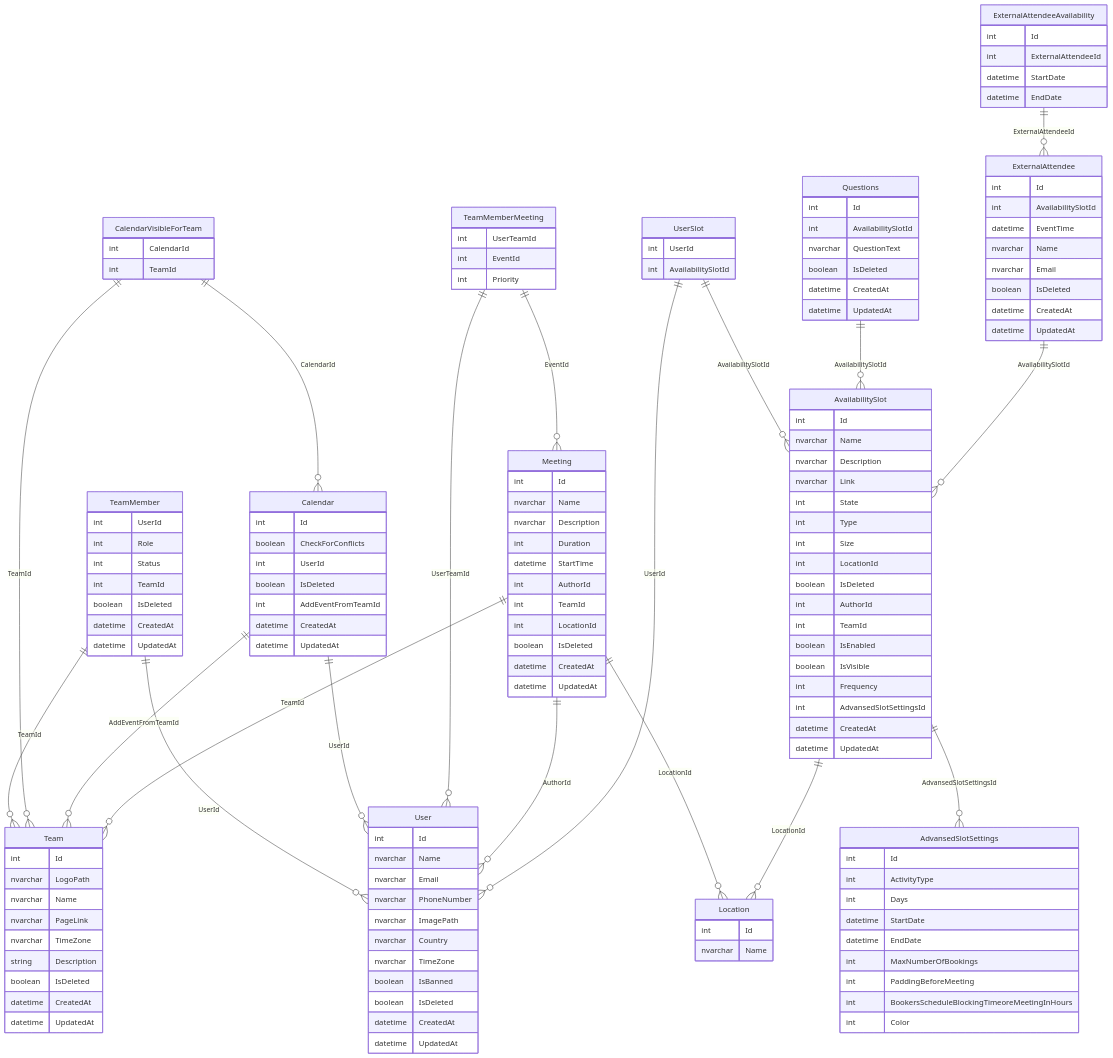
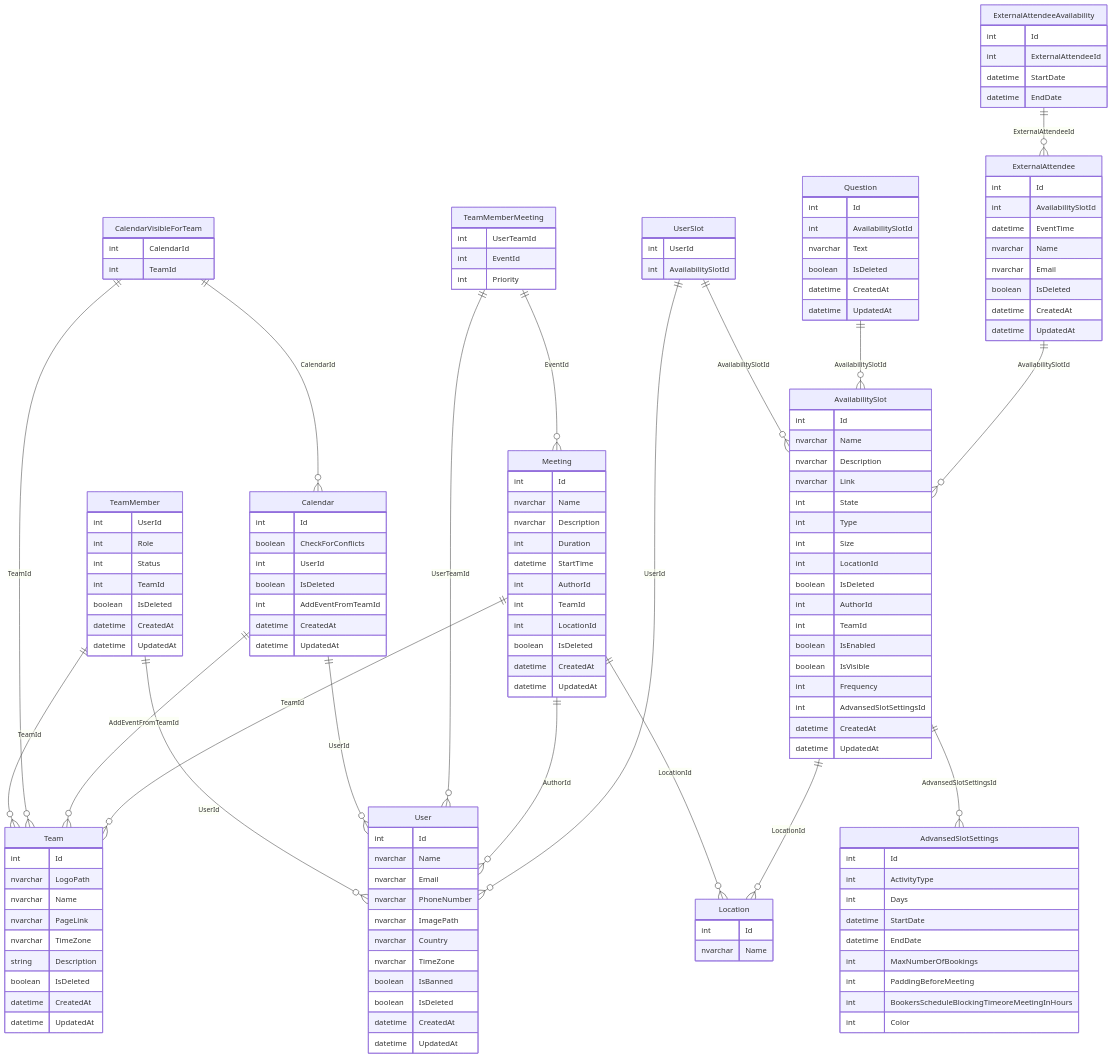
Before and after one commit to BinaryStudioAcademy/bsa-2022-easymeets: the diagram in README.md, drawn with Mermaid.

Commit message:
Rename Question table and Text field

```diff
--- a/README.md
+++ b/README.md
@@ -154,11 +154,11 @@
     datetime UpdatedAt
   }
 
-  Questions ||--o{ AvailabilitySlot : AvailabilitySlotId
-  Questions {
+  Question ||--o{ AvailabilitySlot : AvailabilitySlotId
+  Question {
     int Id
     int AvailabilitySlotId
-    nvarchar QuestionText
+    nvarchar Text
     boolean IsDeleted
     datetime CreatedAt
     datetime UpdatedAt
```
